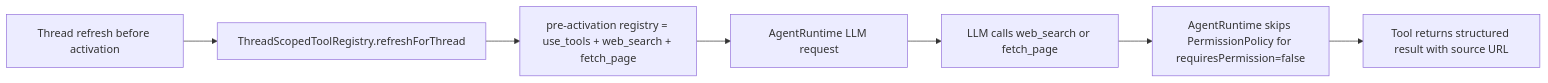
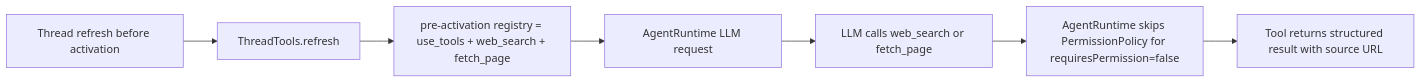
One commit to Lixuhang987/Wisp-Pocket changed the first of 3 diagrams in docs/medium-powers/plans/2026-06-24-websearch-tool.md. Above: the diagram before and after it, drawn with Mermaid. The commit also changed other lines of this file and 7 other files, not shown here.

````diff
--- a/docs/medium-powers/plans/2026-06-24-websearch-tool.md
+++ b/docs/medium-powers/plans/2026-06-24-websearch-tool.md
@@ -64,9 +64,9 @@
 ```mermaid
 flowchart LR
-    A["Thread refresh before activation"] --> B["ThreadScopedToolRegistry.refreshForThread"]
+    A["Thread refresh before activation"] --> B["ThreadTools.refresh"]
     B --> C["pre-activation registry = use_tools + web_search + fetch_page"]
     C --> D["AgentRuntime LLM request"]
     D --> E["LLM calls web_search or fetch_page"]
     E --> F["AgentRuntime skips PermissionPolicy for requiresPermission=false"]
     F --> G["Tool returns structured result with source URL"]
 ```
````
